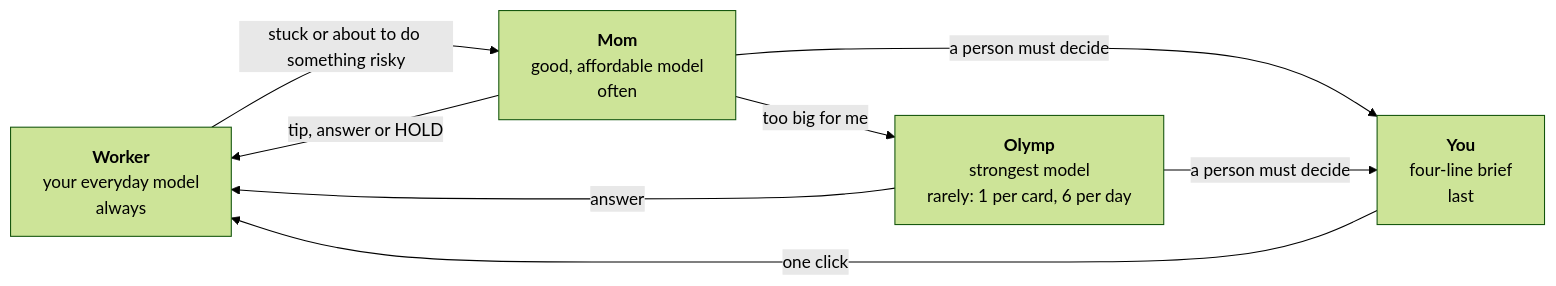
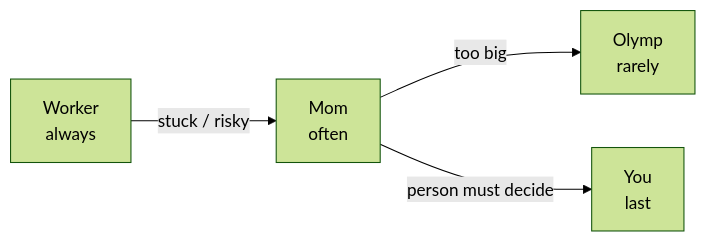
One commit to SlyBase/calling-mom changed the diagram in README.md. Above: the diagram before and after it, drawn with Mermaid (forest theme). The commit also changed other lines of this file and 3 other files, not shown here.

````diff
--- a/README.md
+++ b/README.md
@@ -14,15 +11,6 @@
 ```mermaid
 flowchart LR
-    W["<b>Worker</b><br/>your everyday model<br/>always"]
-    M["<b>Mom</b><br/>good, affordable model<br/>often"]
-    O["<b>Olymp</b><br/>strongest model<br/>rarely: 1 per card, 6 per day"]
-    Y["<b>You</b><br/>four-line brief<br/>last"]
-
-    W -- "stuck or about to do something risky" --> M
-    M -- "tip, answer or HOLD" --> W
-    M -- "too big for me" --> O
-    O -- "answer" --> W
-    M -- "a person must decide" --> Y
-    O -- "a person must decide" --> Y
-    Y -- "one click" --> W
+    W["Worker<br/>always"] -->|"stuck / risky"| M["Mom<br/>often"]
+    M -->|"too big"| O["Olymp<br/>rarely"]
+    M -->|"person must decide"| Y["You<br/>last"]
 ```
````
